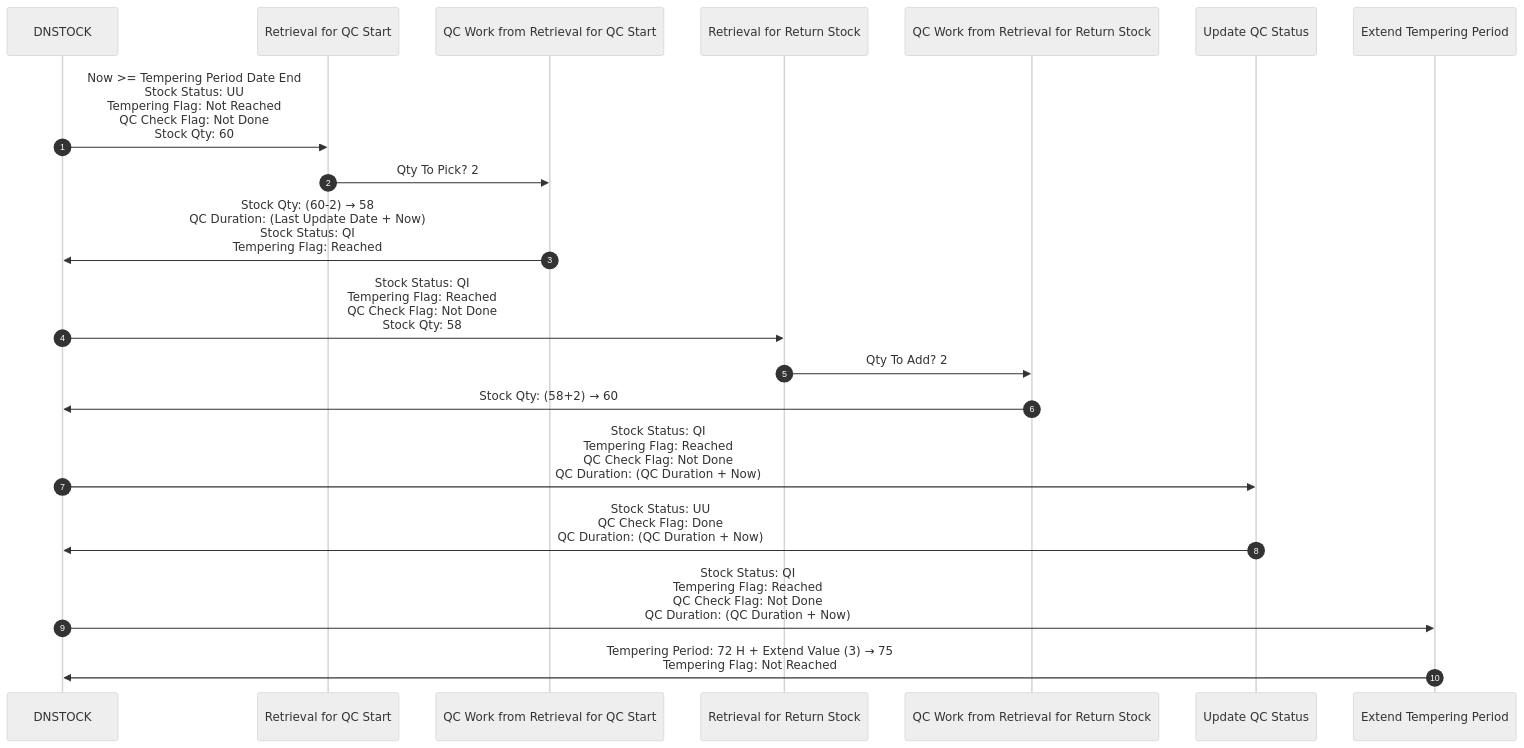
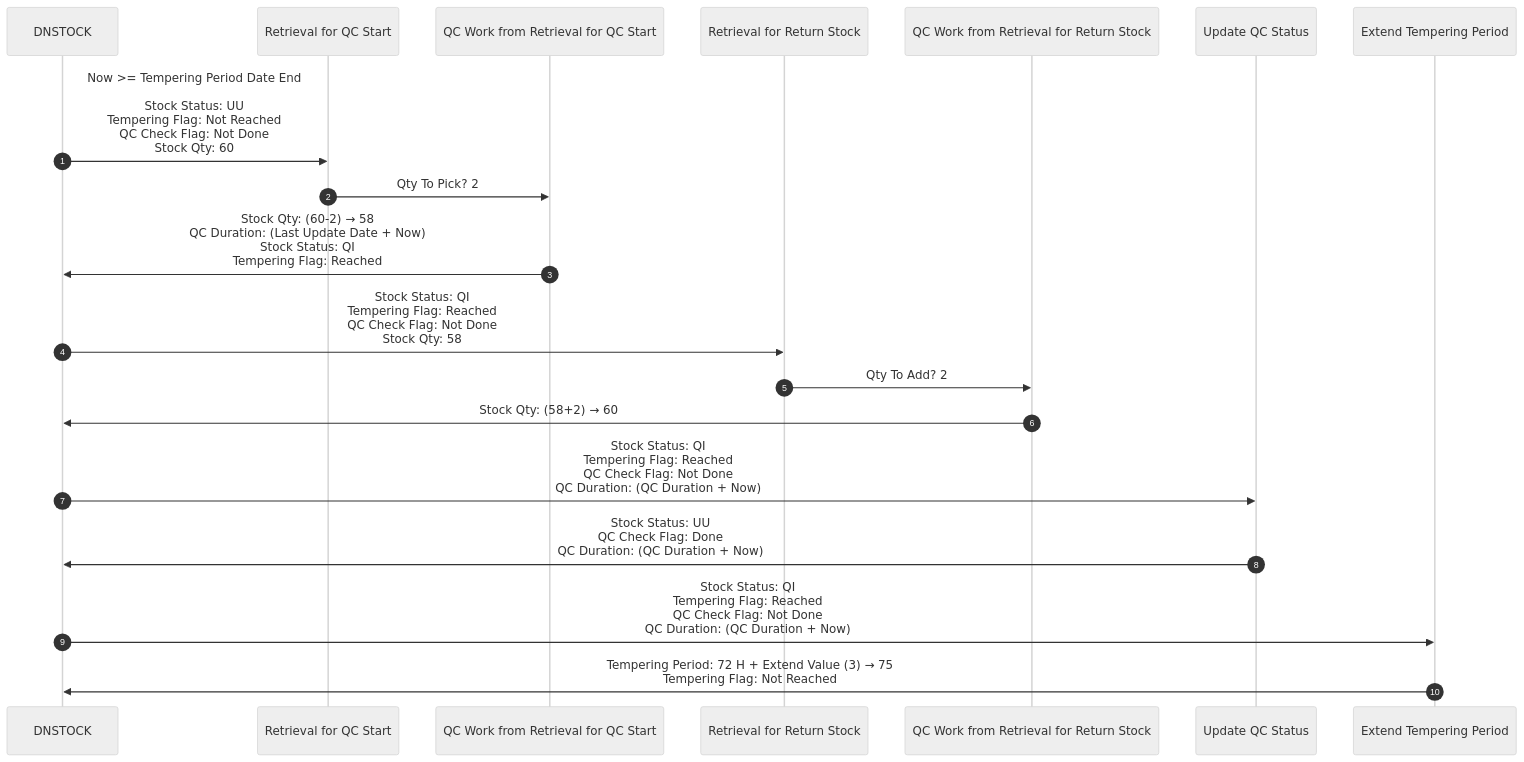
One commit to luthfiadityaa/SimeDarby-Wiki changed the diagram in Basic-Design/DFD-WMS/Retrieval/QC-Setting.md. Above: the diagram before and after it, drawn with Mermaid (neutral theme).

Commit message:
Updated QC Setting

```diff
--- a/Basic-Design/DFD-WMS/Retrieval/QC-Setting.md
+++ b/Basic-Design/DFD-WMS/Retrieval/QC-Setting.md
@@ -20,40 +20,40 @@
 ::: mermaid
 sequenceDiagram
     autonumber
 
     participant DNSTOCK
     participant Retrieval for QC Start
     participant QC Work from Retrieval for QC Start
     participant Retrieval for Return Stock
     participant QC Work from Retrieval for Return Stock
     participant Update QC Status
     participant Extend Tempering Period
 
     %% --- 1. DNSTOCK ---
-    DNSTOCK ->> Retrieval for QC Start: Now >= Tempering Period Date End <br> Stock Status: UU <br> Tempering Flag: Not Reached <br> QC Check Flag: Not Done <br> Stock Qty: 60
+    DNSTOCK ->> Retrieval for QC Start: Now >= Tempering Period Date End <br><br> Stock Status: UU <br> Tempering Flag: Not Reached <br> QC Check Flag: Not Done <br> Stock Qty: 60
 
 
     %% --- 2. Retrieval for QC Start ---
     Retrieval for QC Start ->> QC Work from Retrieval for QC Start: Qty To Pick?  2
 
     %% --- 3. QC Work from Retrieval for QC Start ---
     QC Work from Retrieval for QC Start ->> DNSTOCK: Stock Qty: (60-2) → 58 <br> QC Duration: (Last Update Date + Now) <br> Stock Status: QI <br> Tempering Flag: Reached
 
     %% --- 4. Retrieval for Return Stock ---
     DNSTOCK ->> Retrieval for Return Stock: Stock Status: QI <br> Tempering Flag: Reached <br> QC Check Flag: Not Done <br> Stock Qty: 58
 
     Retrieval for Return Stock ->> QC Work from Retrieval for Return Stock: Qty To Add?  2
 
     %% --- 5. QC Work from Retrieval for Return Stock ---
     QC Work from Retrieval for Return Stock ->> DNSTOCK: Stock Qty: (58+2) → 60
 
     %% --- 6. Update QC Status ---
     DNSTOCK ->> Update QC Status: Stock Status: QI <br> Tempering Flag: Reached <br> QC Check Flag: Not Done <br> QC Duration: (QC Duration + Now)
     
     Update QC Status ->> DNSTOCK: Stock Status: UU <br> QC Check Flag: Done <br> QC Duration: (QC Duration + Now)
 
     %% --- 7. Extend Tempering Period ---
     DNSTOCK ->> Extend Tempering Period: Stock Status: QI <br> Tempering Flag: Reached <br> QC Check Flag: Not Done <br> QC Duration: (QC Duration + Now)
 
     Extend Tempering Period ->> DNSTOCK: Tempering Period: 72 H + Extend Value (3) → 75 <br> Tempering Flag: Not Reached
 :::
```
